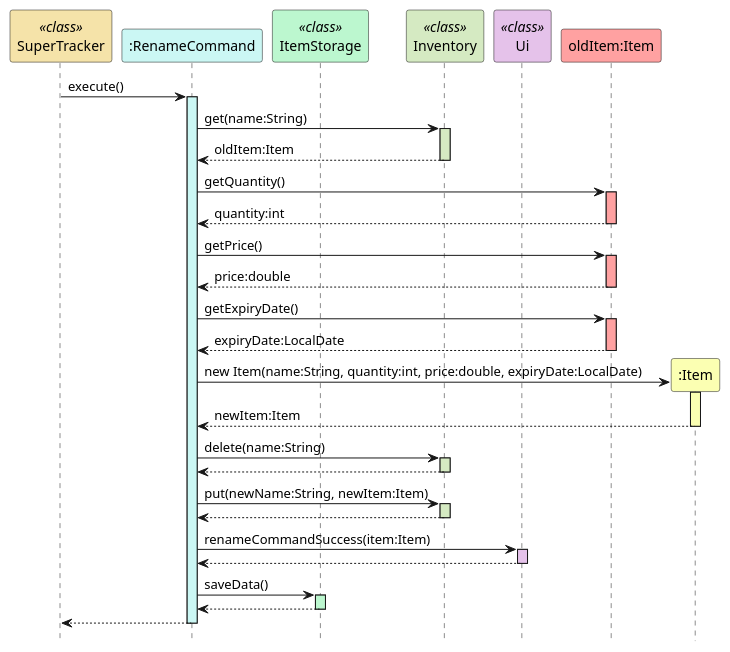
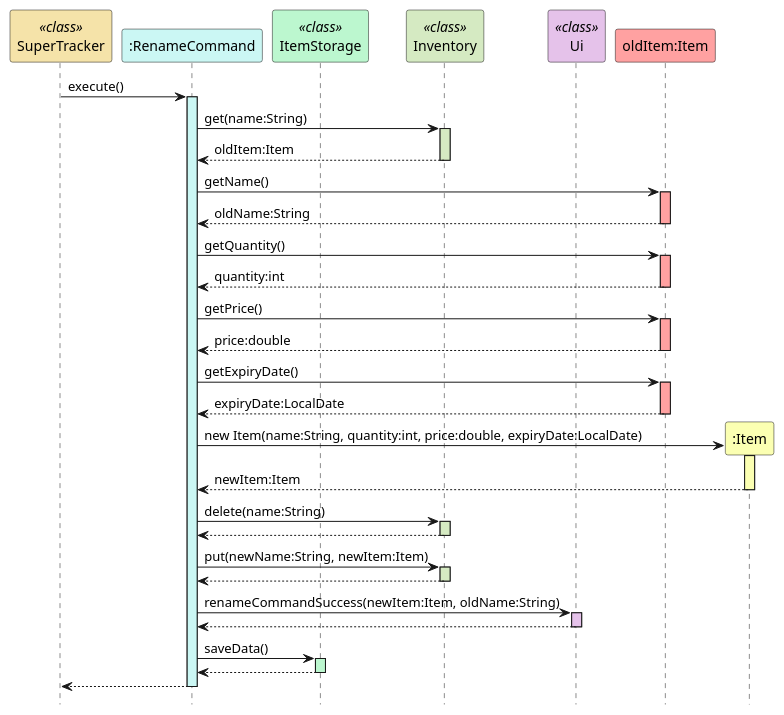
The second of 2 diagrams in docs/uml-diagrams/RenameCommand.puml (rismm/tp), drawn with PlantUML before and after one commit. The commit also changed 3 other files, not shown here.

```diff
--- a/docs/uml-diagrams/RenameCommand.puml
+++ b/docs/uml-diagrams/RenameCommand.puml
@@ -66,61 +66,66 @@
 @startuml
 hide footbox
 participant "SuperTracker" as SuperTracker <<class>> #f5e3a9
 participant ":RenameCommand" as RenameCommand #cbf7f4
 participant "ItemStorage" as ItemStorage <<class>> #bcf7cf
 participant "Inventory" as Inventory <<class>> #d5eac2
 participant "Ui" as Ui <<class>> #e5c2ea
 participant "oldItem:Item" as oldItem #ffa1a1
 participant ":Item" as Item #fbffb2
 
 SuperTracker -> RenameCommand : execute()
 activate RenameCommand #cbf7f4
 
 RenameCommand -> Inventory : get(name:String)
 activate Inventory #d5eac2
 Inventory --> RenameCommand : oldItem:Item
 deactivate Inventory
+
+RenameCommand -> oldItem: getName()
+activate oldItem #ffa1a1
+oldItem --> RenameCommand: oldName:String
+deactivate oldItem
 
 RenameCommand -> oldItem: getQuantity()
 activate oldItem #ffa1a1
 oldItem --> RenameCommand: quantity:int
 deactivate oldItem
 
 RenameCommand -> oldItem: getPrice()
 activate oldItem #ffa1a1
 oldItem --> RenameCommand: price:double
 deactivate oldItem
 
 RenameCommand -> oldItem: getExpiryDate()
 activate oldItem #ffa1a1
 oldItem --> RenameCommand: expiryDate:LocalDate
 deactivate oldItem
 
 RenameCommand -> Item ** : new Item(name:String, quantity:int, price:double, expiryDate:LocalDate)
 activate Item #fbffb2
 Item --> RenameCommand : newItem:Item
 deactivate Item
 
 RenameCommand -> Inventory : delete(name:String)
 activate Inventory #d5eac2
 Inventory --> RenameCommand
 deactivate Inventory
 
 RenameCommand -> Inventory : put(newName:String, newItem:Item)
 activate Inventory #d5eac2
 Inventory --> RenameCommand
 deactivate Inventory
 
-RenameCommand -> Ui : renameCommandSuccess(item:Item)
+RenameCommand -> Ui : renameCommandSuccess(newItem:Item, oldName:String)
 activate Ui #e5c2ea
 Ui --> RenameCommand
 deactivate Ui
 
 RenameCommand -> ItemStorage : saveData()
 activate ItemStorage #bcf7cf
 ItemStorage --> RenameCommand
 deactivate ItemStorage
 
 RenameCommand --> SuperTracker
 deactivate RenameCommand
 @enduml
```
